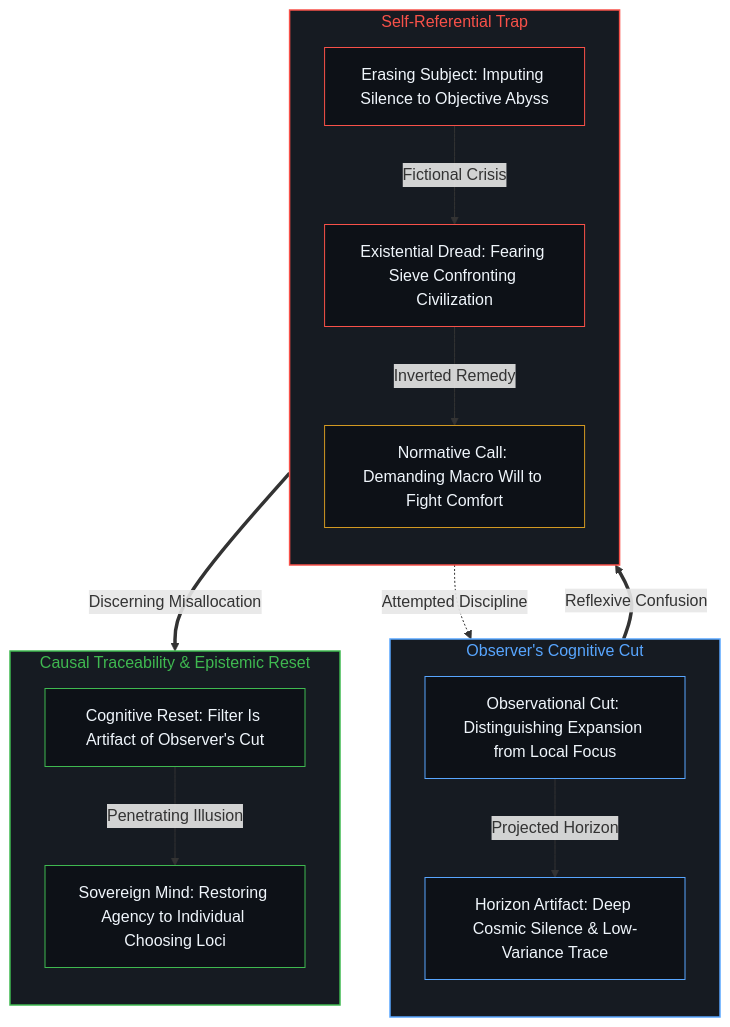
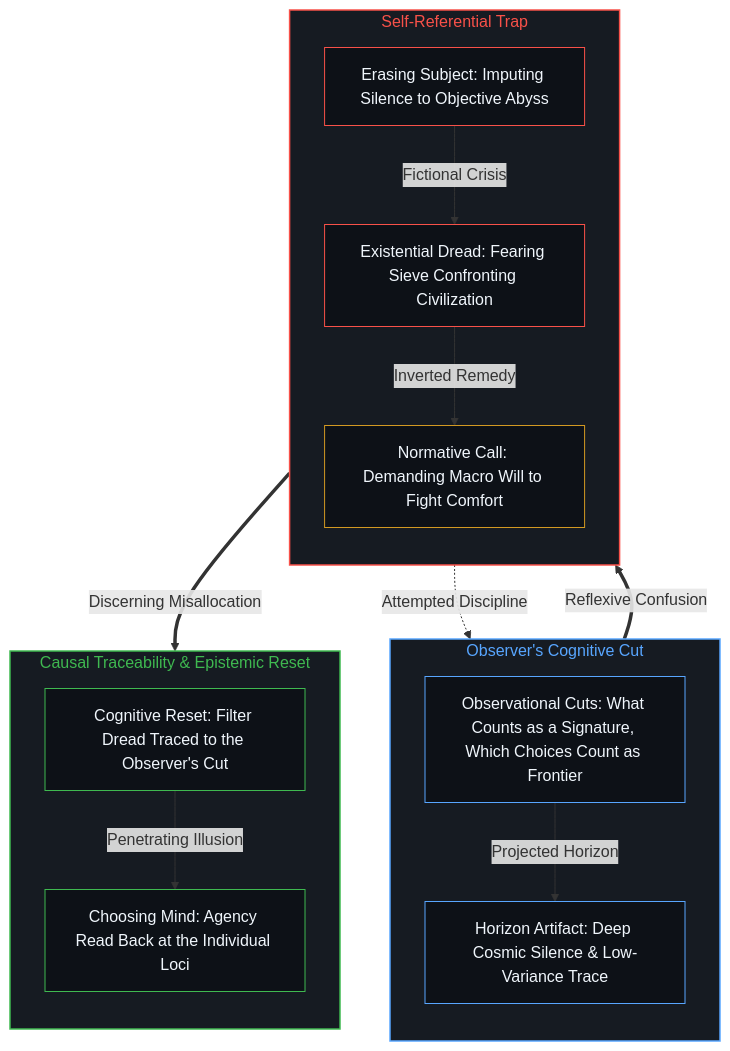
The fourth of 6 diagrams in content/posts/the-fermi-paradox-reified-agency-and-the-great-filter.md (powerpig99/not-a-toe), drawn with Mermaid before and after one commit. The commit also changed other lines of this file and 1 other file, not shown here.

Commit message:
Wave 2 L2 node 3 refinement: the-fermi-paradox-reified-agency-and-the-great-filter

````diff
--- a/content/posts/the-fermi-paradox-reified-agency-and-the-great-filter.md
+++ b/content/posts/the-fermi-paradox-reified-agency-and-the-great-filter.md
@@ -166,42 +166,42 @@
 ```mermaid
 flowchart TD
     subgraph S_Cut ["Observer's Cognitive Cut"]
         direction TB
-        CUT["Observational Cut: Distinguishing Expansion from Local Focus"]
+        CUT["Observational Cuts: What Counts as a Signature, Which Choices Count as Frontier"]
         SIL["Horizon Artifact: Deep Cosmic Silence & Low-Variance Trace"]
     end
 
     subgraph S_Trap ["Self-Referential Trap"]
         direction TB
         ERASE["Erasing Subject: Imputing Silence to Objective Abyss"]
         DREAD["Existential Dread: Fearing Sieve Confronting Civilization"]
         MORAL["Normative Call: Demanding Macro Will to Fight Comfort"]
     end
 
     subgraph S_Ground ["Causal Traceability & Epistemic Reset"]
         direction TB
-        REC["Cognitive Reset: Filter Is Artifact of Observer's Cut"]
-        MIND["Sovereign Mind: Restoring Agency to Individual Choosing Loci"]
+        REC["Cognitive Reset: Filter Dread Traced to the Observer's Cut"]
+        MIND["Choosing Mind: Agency Read Back at the Individual Loci"]
     end
 
     CUT -->|"Projected Horizon"| SIL
     SIL ==>|"Reflexive Confusion"| ERASE
     ERASE -->|"Fictional Crisis"| DREAD
     DREAD -->|"Inverted Remedy"| MORAL
     MORAL -.->|"Attempted Discipline"| CUT
 
     DREAD ==>|"Discerning Misallocation"| REC
     REC -->|"Penetrating Illusion"| MIND
 
     style S_Cut fill:#161b22,stroke:#58a6ff,stroke-width:1.5px,color:#58a6ff
     style S_Trap fill:#161b22,stroke:#f85149,stroke-width:1.5px,color:#f85149
     style S_Ground fill:#161b22,stroke:#3fb950,stroke-width:1.5px,color:#3fb950
 
     style CUT fill:#0d1117,stroke:#58a6ff,stroke-width:1px,color:#f0f6fc
     style SIL fill:#0d1117,stroke:#58a6ff,stroke-width:1px,color:#f0f6fc
     style ERASE fill:#0d1117,stroke:#f85149,stroke-width:1px,color:#f0f6fc
     style DREAD fill:#0d1117,stroke:#f85149,stroke-width:1px,color:#f0f6fc
     style MORAL fill:#0d1117,stroke:#d29922,stroke-width:1px,color:#f0f6fc
     style REC fill:#0d1117,stroke:#3fb950,stroke-width:1px,color:#f0f6fc
     style MIND fill:#0d1117,stroke:#3fb950,stroke-width:1px,color:#f0f6fc
 ```
````
